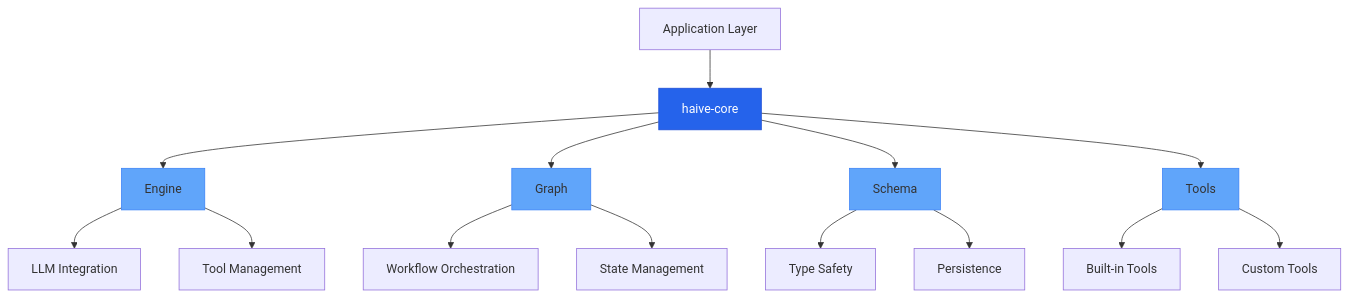
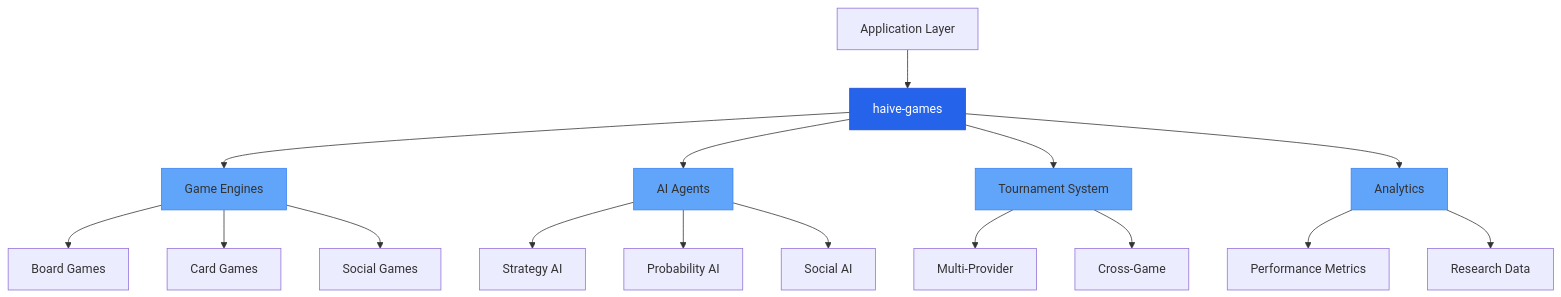
One commit to pr1m8/haive-games changed the diagram in docs/source/overview.rst. Above: the diagram before and after it, drawn with Mermaid. The commit also changed other lines of this file and 495 other files, not shown here.

```diff
--- a/docs/source/overview.rst
+++ b/docs/source/overview.rst
@@ -157,26 +160,28 @@
 .. mermaid::
 
    graph TB
-      A[Application Layer] --> B[haive-core]
-      B --> C[Engine]
-      B --> D[Graph]
-      B --> E[Schema]
-      B --> F[Tools]
+      A[Application Layer] --> B[haive-games]
+      B --> C[Game Engines]
+      B --> D[AI Agents]
+      B --> E[Tournament System]
+      B --> F[Analytics]
       
-      C --> G[LLM Integration]
-      C --> H[Tool Management]
+      C --> G[Board Games]
+      C --> H[Card Games]
+      C --> I[Social Games]
       
-      D --> I[Workflow Orchestration]
-      D --> J[State Management]
+      D --> J[Strategy AI]
+      D --> K[Probability AI]
+      D --> L[Social AI]
       
-      E --> K[Type Safety]
-      E --> L[Persistence]
+      E --> M[Multi-Provider]
+      E --> N[Cross-Game]
       
-      F --> M[Built-in Tools]
-      F --> N[Custom Tools]
+      F --> O[Performance Metrics]
+      F --> P[Research Data]
 
       style B fill:#2563eb,stroke:#1d4ed8,color:#fff
       style C fill:#60a5fa,stroke:#3b82f6
       style D fill:#60a5fa,stroke:#3b82f6
       style E fill:#60a5fa,stroke:#3b82f6
       style F fill:#60a5fa,stroke:#3b82f6
```
